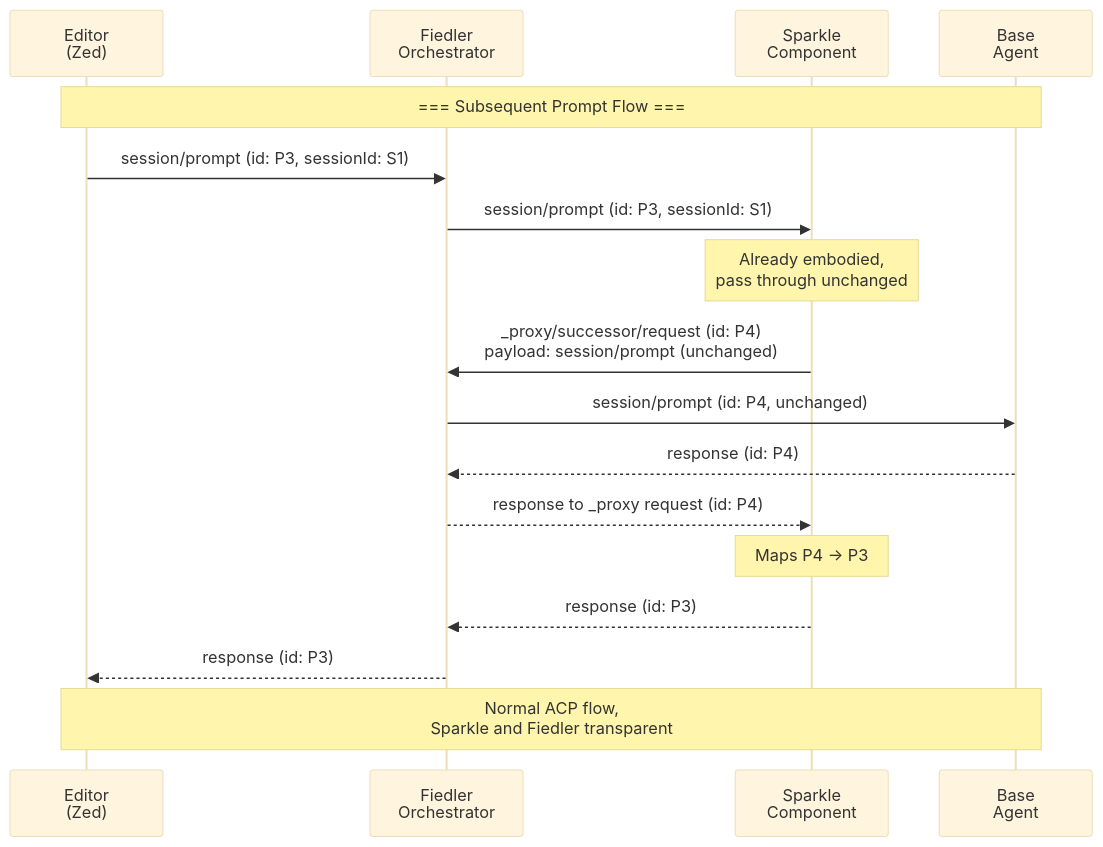
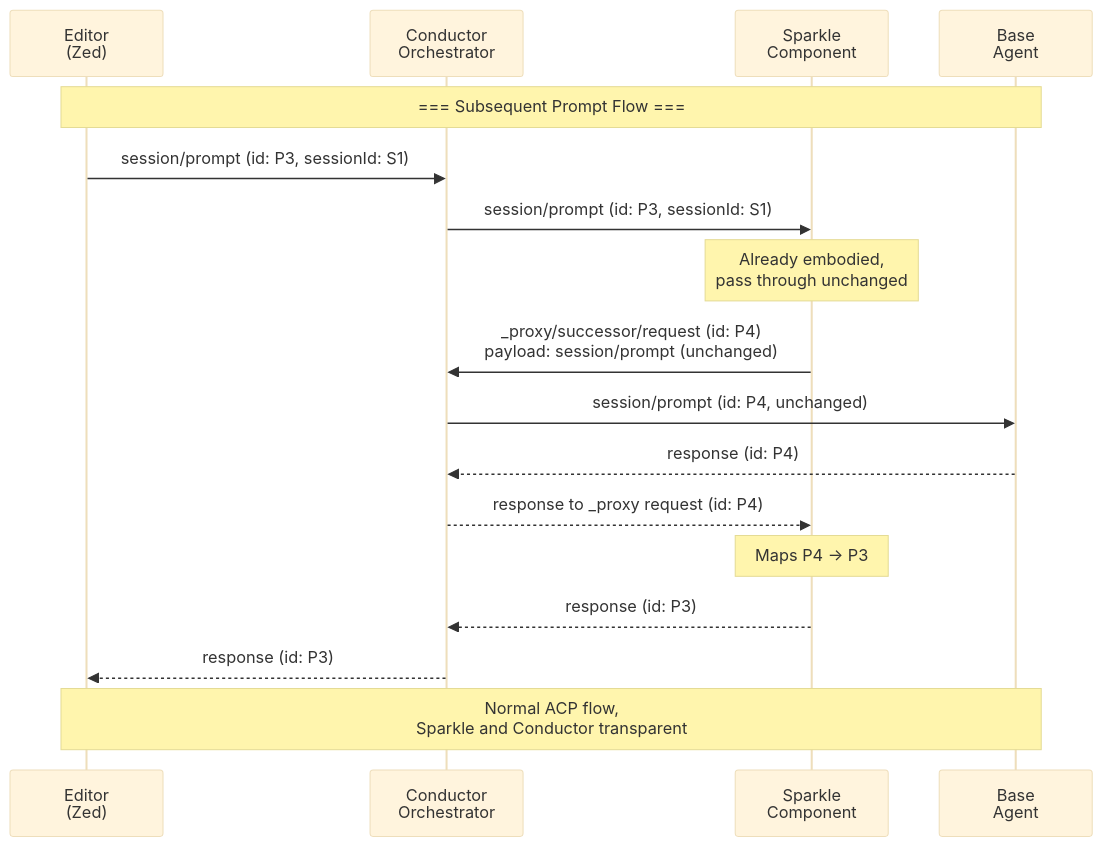
The sixth of 6 diagrams in md/proxying-acp.md (symposium-dev/symposium-acp), drawn with Mermaid (base theme) before and after one commit. The commit also changed other lines of this file and 4 other files, not shown here.

First line of the commit message:
Remove all references to "Fiedler" and use "Conductor" consistently

````diff
--- a/md/proxying-acp.md
+++ b/md/proxying-acp.md
@@ -1106,27 +1106,27 @@
 ```mermaid
 sequenceDiagram
     participant Editor as Editor<br/>(Zed)
-    participant Fiedler as Fiedler<br/>Orchestrator
+    participant Conductor as Conductor<br/>Orchestrator
     participant Sparkle as Sparkle<br/>Component
     participant Agent as Base<br/>Agent
 
     Note over Editor,Agent: === Subsequent Prompt Flow ===
     
-    Editor->>Fiedler: session/prompt (id: P3, sessionId: S1)
-    Fiedler->>Sparkle: session/prompt (id: P3, sessionId: S1)
+    Editor->>Conductor: session/prompt (id: P3, sessionId: S1)
+    Conductor->>Sparkle: session/prompt (id: P3, sessionId: S1)
     
     Note over Sparkle: Already embodied,<br/>pass through unchanged
     
-    Sparkle->>Fiedler: _proxy/successor/request (id: P4)<br/>payload: session/prompt (unchanged)
-    Fiedler->>Agent: session/prompt (id: P4, unchanged)
+    Sparkle->>Conductor: _proxy/successor/request (id: P4)<br/>payload: session/prompt (unchanged)
+    Conductor->>Agent: session/prompt (id: P4, unchanged)
     
-    Agent-->>Fiedler: response (id: P4)
-    Fiedler-->>Sparkle: response to _proxy request (id: P4)
+    Agent-->>Conductor: response (id: P4)
+    Conductor-->>Sparkle: response to _proxy request (id: P4)
     
     Note over Sparkle: Maps P4 → P3
     
-    Sparkle-->>Fiedler: response (id: P3)
-    Fiedler-->>Editor: response (id: P3)
+    Sparkle-->>Conductor: response (id: P3)
+    Conductor-->>Editor: response (id: P3)
     
-    Note over Editor,Agent: Normal ACP flow,<br/>Sparkle and Fiedler transparent
+    Note over Editor,Agent: Normal ACP flow,<br/>Sparkle and Conductor transparent
 ```
````
